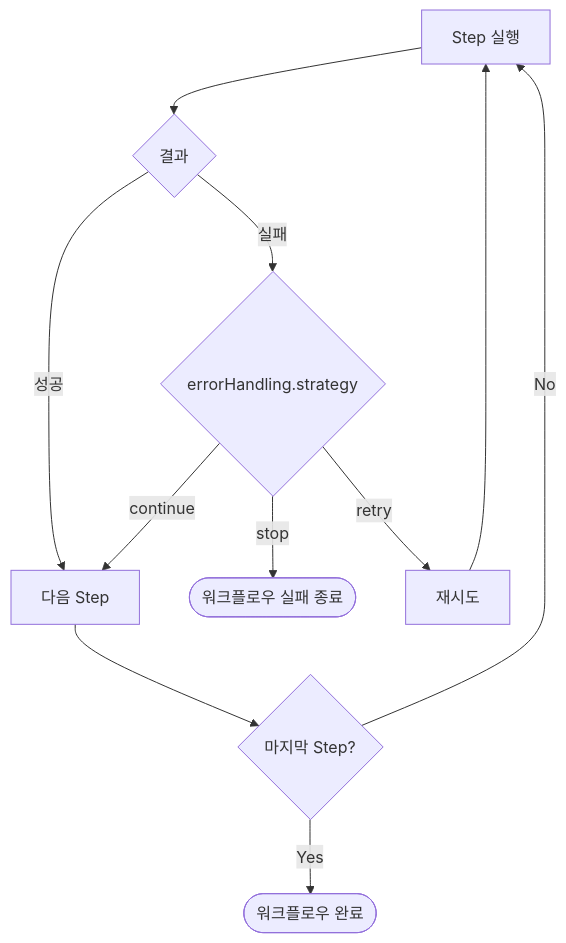
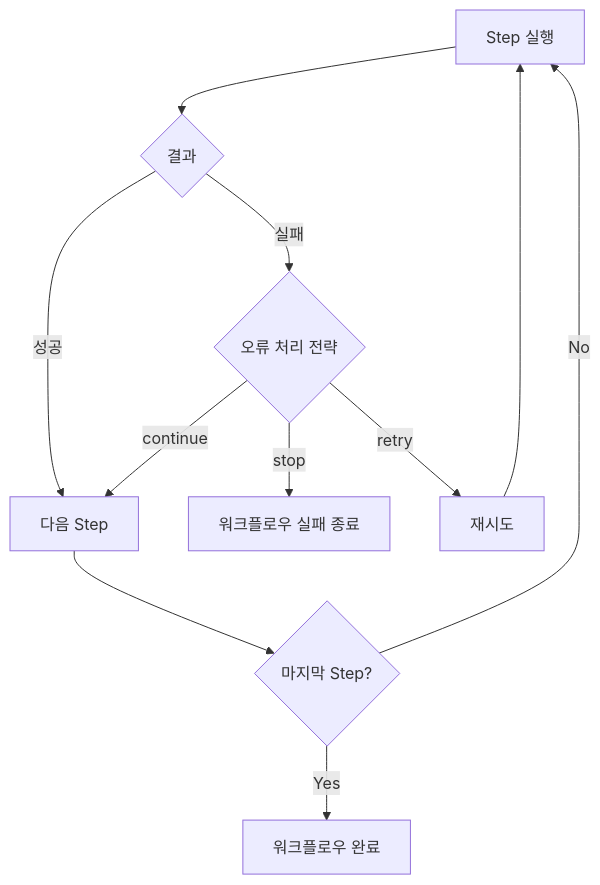
The seventh of 7 diagrams in docs/FLOW CHART.md (pandol69kim-bot/gitautopipe), drawn with Mermaid before and after one commit. The commit also changed other lines of this file and 5 other files, not shown here.

Commit message:
feat: Add new diagrams and update existing documentation for improved clarity and Mermaid compatibility

````diff
--- a/docs/FLOW CHART.md
+++ b/docs/FLOW CHART.md
@@ -112,13 +112,13 @@
 ```mermaid
 flowchart TB
     Step[Step 실행] --> Result{결과}
     Result -- 성공 --> Next[다음 Step]
-    Result -- 실패 --> Policy{errorHandling.strategy}
-    Policy -- stop --> Fail([워크플로우 실패 종료])
+    Result -- 실패 --> Policy{오류 처리 전략}
+    Policy -- stop --> Fail[워크플로우 실패 종료]
     Policy -- continue --> Next
     Policy -- retry --> Retry[재시도]
     Retry --> Step
     Next --> Check{마지막 Step?}
     Check -- No --> Step
-    Check -- Yes --> Done([워크플로우 완료])
+    Check -- Yes --> Done[워크플로우 완료]
 ```
````
